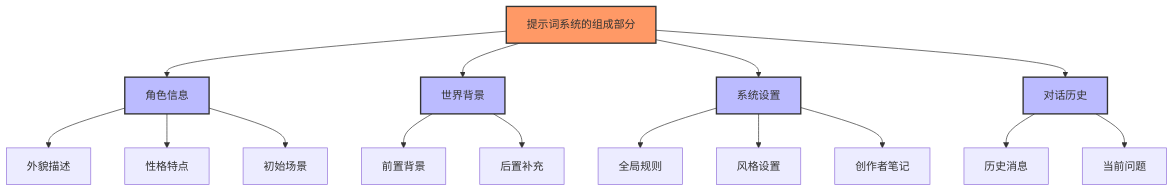
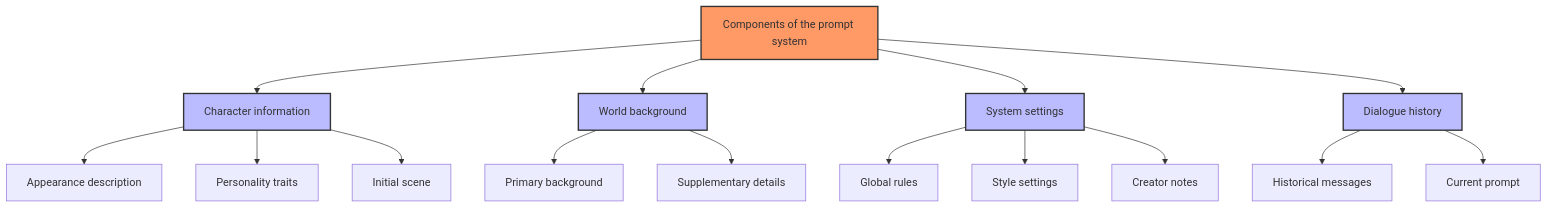
Before and after one commit to thesavant42/intro-to-silly-tavern-prompts: the first of 10 diagrams in README.md, drawn with Mermaid. The commit also changed other lines of this file, not shown here.

````diff
--- a/README.md
+++ b/README.md
@@ -9,28 +9,28 @@
 ```mermaid
 flowchart TD
-    A[提示词系统的组成部分]
-    A --> B[角色信息]
-    A --> C[世界背景]
-    A --> D[系统设置]
-    A --> E[对话历史]
+    A[Components of the prompt system]
+    A --> B[Character information]
+    A --> C[World background]
+    A --> D[System settings]
+    A --> E[Dialogue history]
     
-    B --> B1[外貌描述]
-    B --> B2[性格特点]
-    B --> B3[初始场景]
+    B --> B1[Appearance description]
+    B --> B2[Personality traits]
+    B --> B3[Initial scene]
     
-    C --> C1[前置背景]
-    C --> C2[后置补充]
+    C --> C1[Primary background]
+    C --> C2[Supplementary details]
     
-    D --> D1[全局规则]
-    D --> D2[风格设置]
-    D --> D3[创作者笔记]
+    D --> D1[Global rules]
+    D --> D2[Style settings]
+    D --> D3[Creator notes]
     
-    E --> E1[历史消息]
-    E --> E2[当前问题]
+    E --> E1[Historical messages]
+    E --> E2[Current prompt]
     
     style A fill:#f96,stroke:#333,stroke-width:2px
     style B fill:#bbf,stroke:#333,stroke-width:2px
     style C fill:#bbf,stroke:#333,stroke-width:2px
     style D fill:#bbf,stroke:#333,stroke-width:2px
     style E fill:#bbf,stroke:#333,stroke-width:2px
 ```
````
